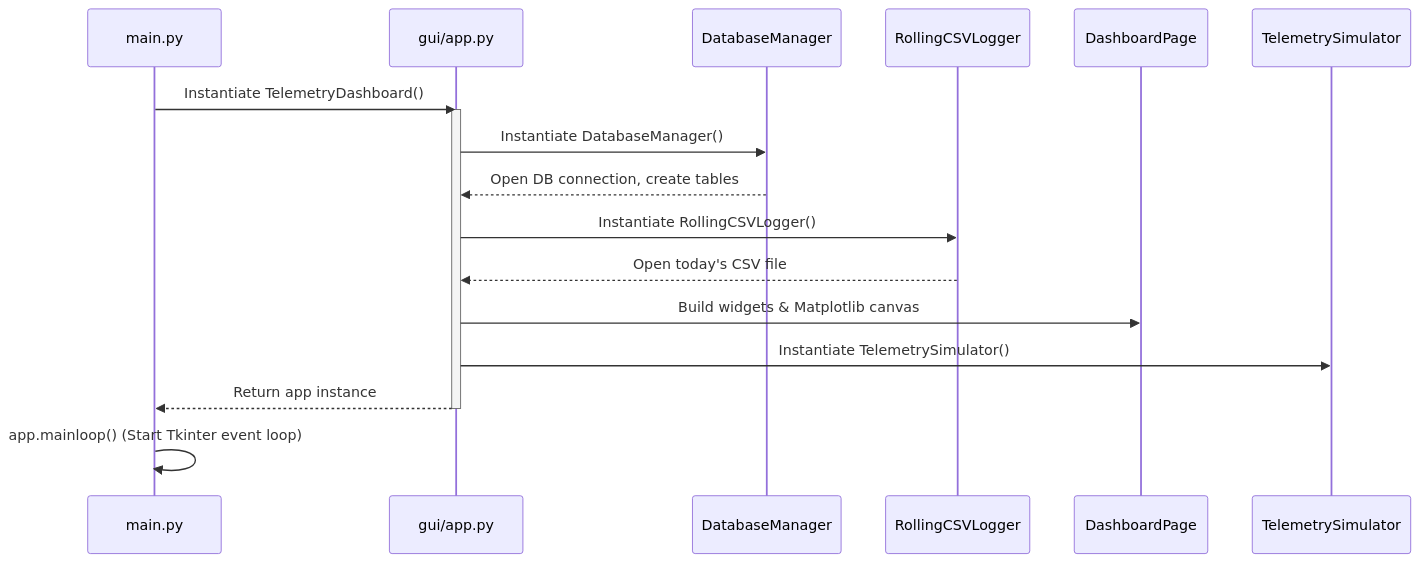
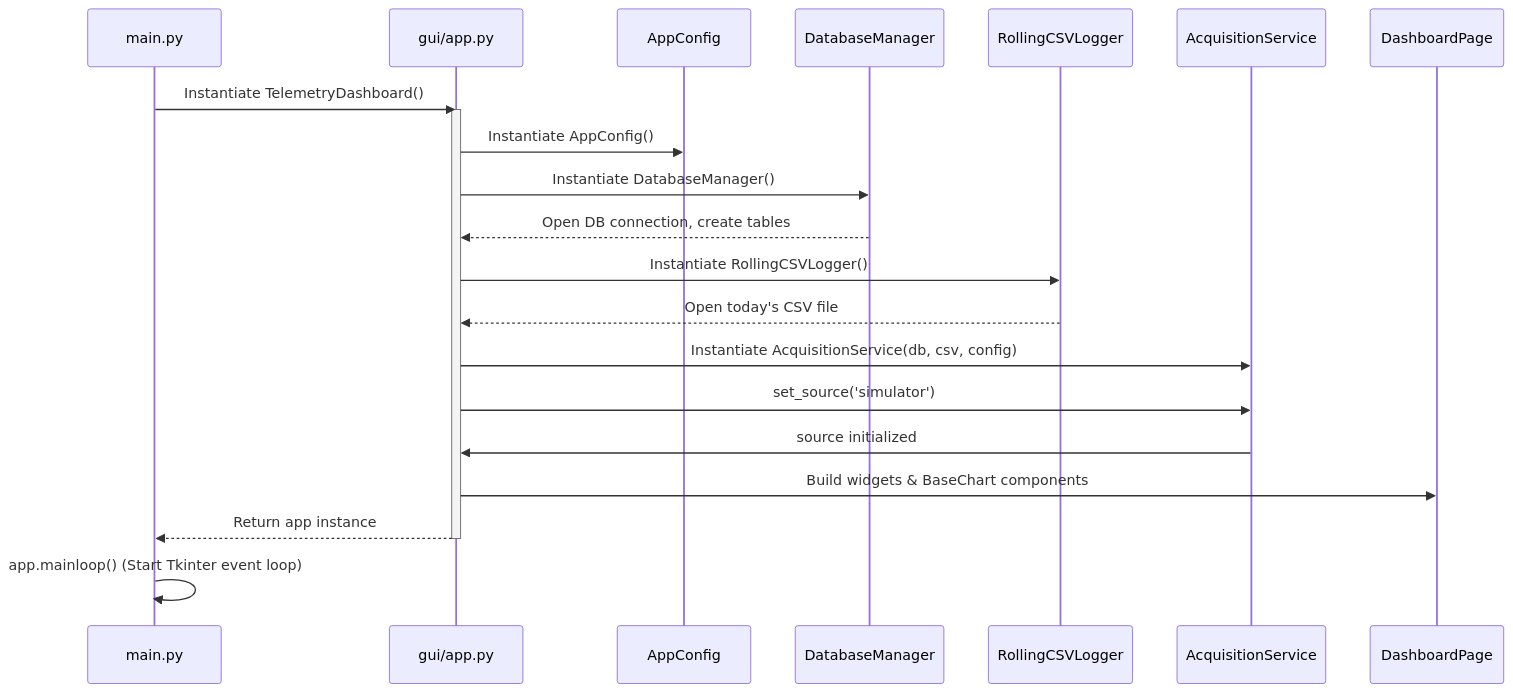
Before and after one commit to Pranit-DC/Telemetry_Dashboard: the first of 2 diagrams in docs/WORKFLOW.md, drawn with Mermaid. The commit also changed other lines of this file and 113 other files, not shown here.

````diff
--- a/docs/WORKFLOW.md
+++ b/docs/WORKFLOW.md
@@ -9,21 +9,25 @@
 ```mermaid
 sequenceDiagram
     participant Main as main.py
     participant App as gui/app.py
+    participant Config as AppConfig
     participant DB as DatabaseManager
     participant CSV as RollingCSVLogger
+    participant Acq as AcquisitionService
     participant UI as DashboardPage
-    participant Sim as TelemetrySimulator
 
     Main->>App: Instantiate TelemetryDashboard()
     activate App
+    App->>Config: Instantiate AppConfig()
     App->>DB: Instantiate DatabaseManager()
     DB-->>App: Open DB connection, create tables
     App->>CSV: Instantiate RollingCSVLogger()
     CSV-->>App: Open today's CSV file
-    App->>UI: Build widgets & Matplotlib canvas
-    App->>Sim: Instantiate TelemetrySimulator()
+    App->>Acq: Instantiate AcquisitionService(db, csv, config)
+    App->>Acq: set_source('simulator')
+    Acq->>App: source initialized
+    App->>UI: Build widgets & BaseChart components
     App-->>Main: Return app instance
     deactivate App
     Main->>Main: app.mainloop() (Start Tkinter event loop)
 ```
````
